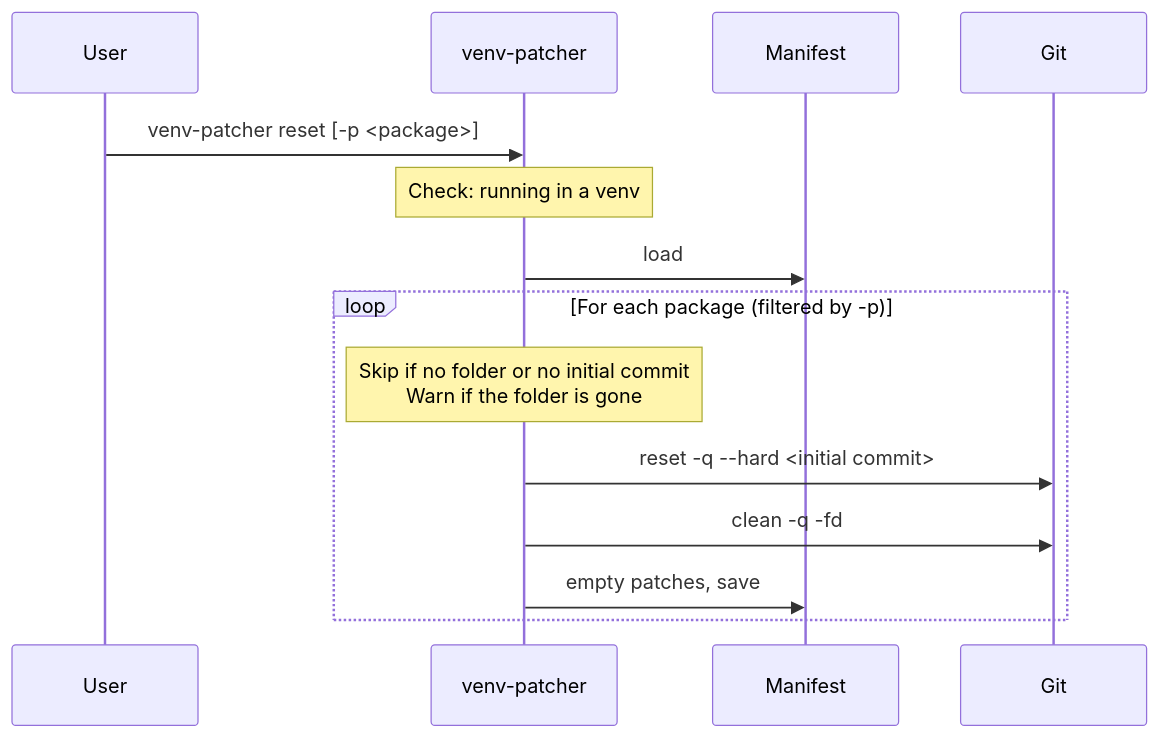
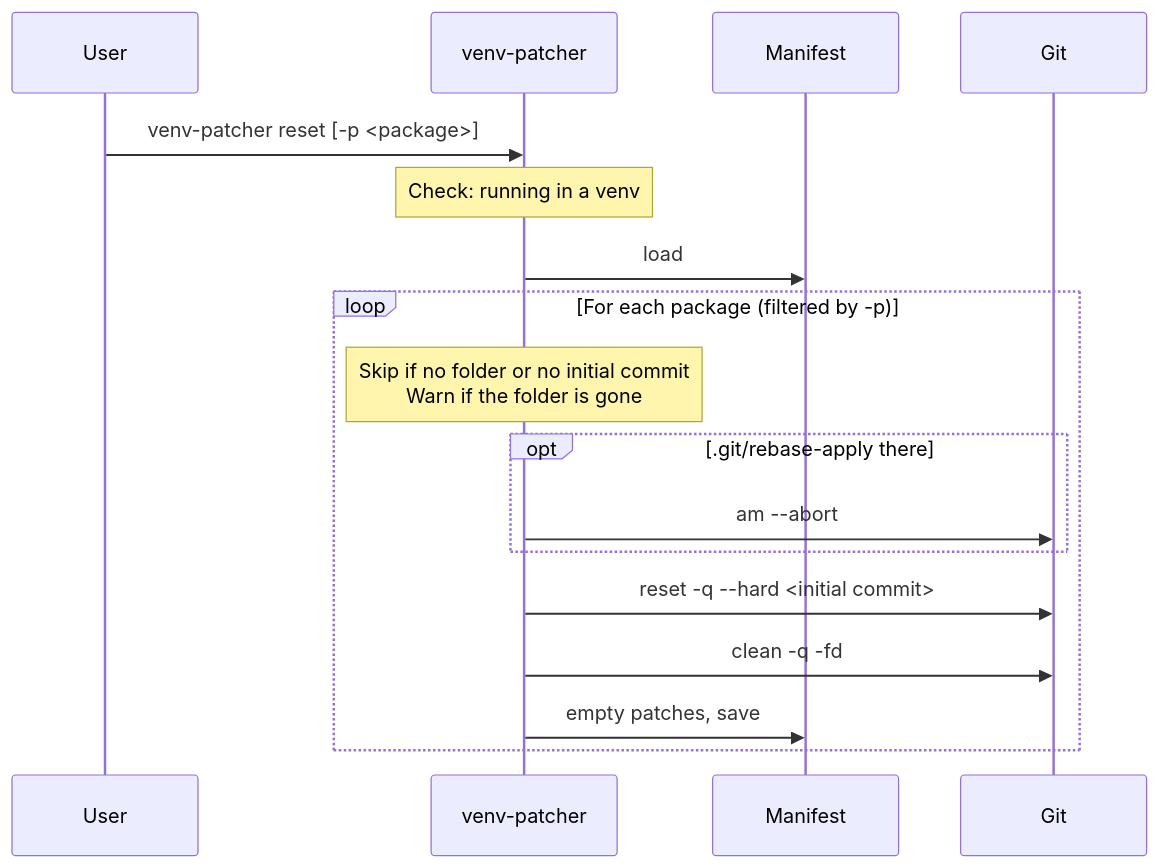
One commit to thorsten-klein/venv-patcher changed the third of 3 diagrams in doc/architecture/diagrams.md. Above: the diagram before and after it, drawn with Mermaid. The commit also changed other lines of this file and 5 other files, not shown here.

````diff
--- a/doc/architecture/diagrams.md
+++ b/doc/architecture/diagrams.md
@@ -87,17 +93,20 @@
 ```mermaid
 sequenceDiagram
     participant User
     participant venv-patcher
     participant Manifest
     participant Git
 
     User->>venv-patcher: venv-patcher reset [-p <package>]
     Note over venv-patcher: Check: running in a venv
     venv-patcher->>Manifest: load
     loop For each package (filtered by -p)
         Note over venv-patcher: Skip if no folder or no initial commit<br/>Warn if the folder is gone
+        opt .git/rebase-apply there
+            venv-patcher->>Git: am --abort
+        end
         venv-patcher->>Git: reset -q --hard <initial commit>
         venv-patcher->>Git: clean -q -fd
         venv-patcher->>Manifest: empty patches, save
     end
 ```
````
